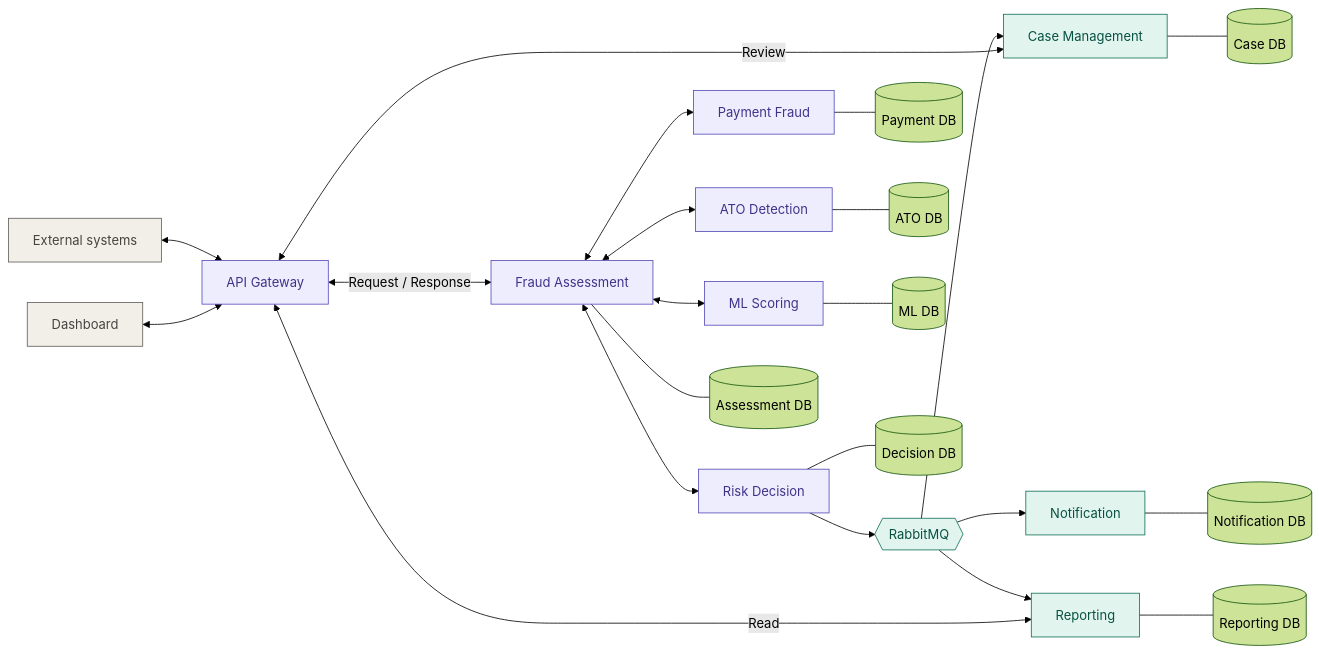
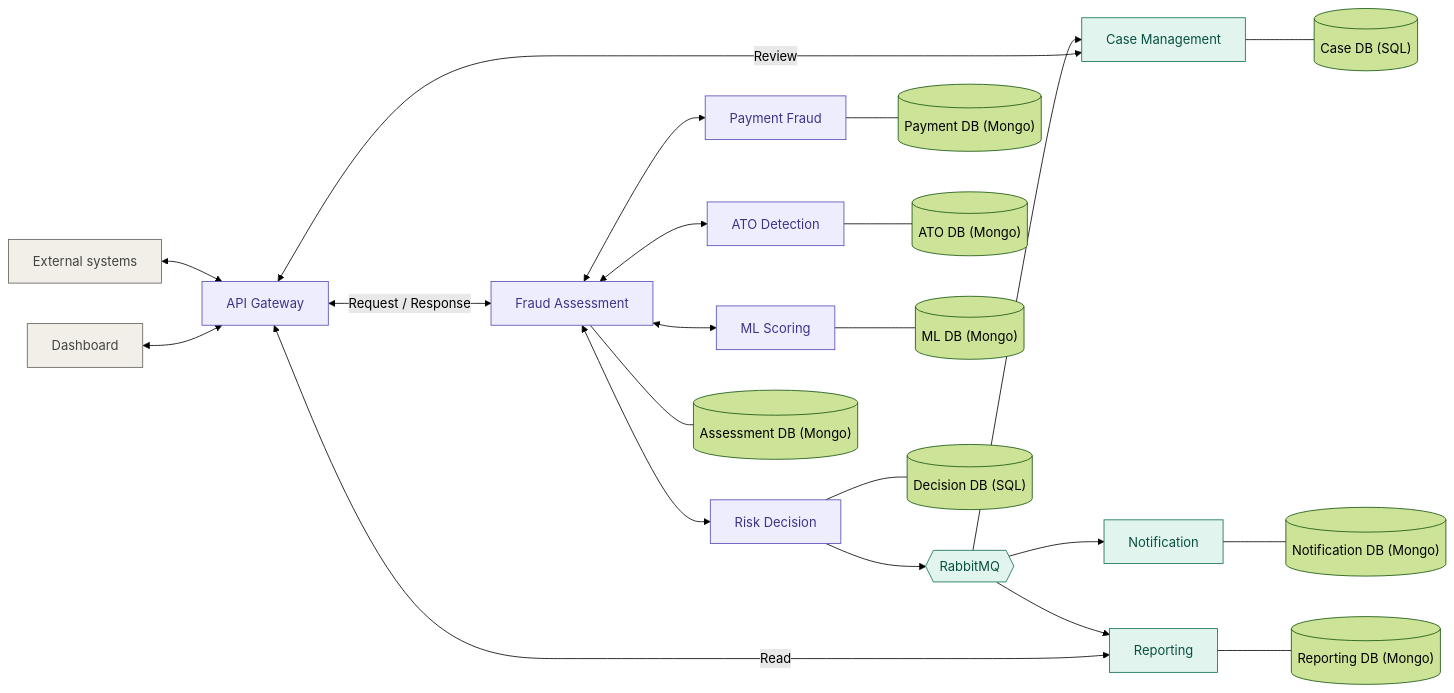
One commit to mokhtarahmed123/Fraud-Detection changed the diagram in README.md. Above: the diagram before and after it, drawn with Mermaid (forest theme). The commit also changed other lines of this file, not shown here.

````diff
--- a/README.md
+++ b/README.md
@@ -44,35 +44,35 @@
 ```mermaid
 flowchart LR
     EXT["External systems"] <--> GW["API Gateway"]
     DASH["Dashboard"] <--> GW
     GW <-->|"Request / Response"| FA["Fraud Assessment"]
 
     FA <--> PF["Payment Fraud"]
     FA <--> ATO["ATO Detection"]
     FA <--> ML["ML Scoring"]
     FA <--> RD["Risk Decision"]
 
     RD --> MQ{{"RabbitMQ"}}
     MQ --> CM["Case Management"]
     MQ --> NT["Notification"]
     MQ --> RP["Reporting"]
 
     GW <-->|"Review"| CM
     GW <-->|"Read"| RP
 
-    FA --- FA_DB[("Assessment DB")]
-    PF --- PF_DB[("Payment DB")]
-    ATO --- ATO_DB[("ATO DB")]
-    ML --- ML_DB[("ML DB")]
-    RD --- RD_DB[("Decision DB")]
-    CM --- CM_DB[("Case DB")]
-    NT --- NT_DB[("Notification DB")]
-    RP --- RP_DB[("Reporting DB")]
+    FA --- FA_DB[("Assessment DB (Mongo)")]
+    PF --- PF_DB[("Payment DB (Mongo)")]
+    ATO --- ATO_DB[("ATO DB (Mongo)")]
+    ML --- ML_DB[("ML DB (Mongo)")]
+    RD --- RD_DB[("Decision DB (SQL)")]
+    CM --- CM_DB[("Case DB (SQL)")]
+    NT --- NT_DB[("Notification DB (Mongo)")]
+    RP --- RP_DB[("Reporting DB (Mongo)")]
 
     classDef sync fill:#EEEDFE,stroke:#534AB7,color:#3C3489
     classDef async fill:#E1F5EE,stroke:#0F6E56,color:#085041
     classDef ext fill:#F1EFE8,stroke:#5F5E5A,color:#444441
     class GW,FA,PF,ATO,ML,RD sync
     class MQ,CM,NT,RP async
     class EXT,DASH ext
 ```
````
